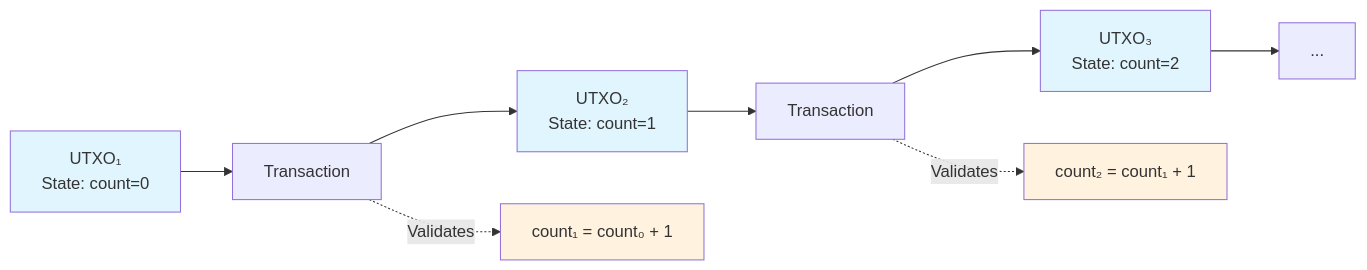
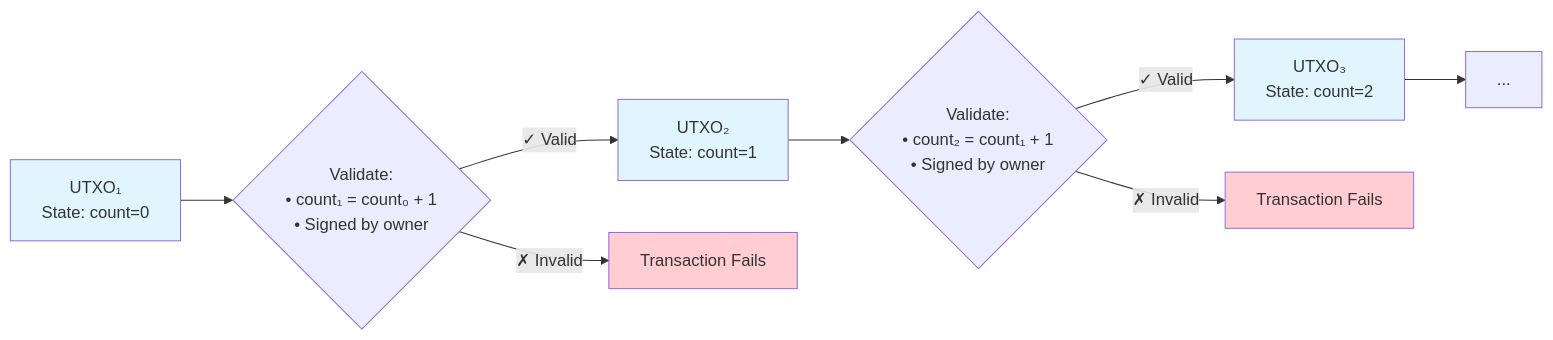
Before and after one commit to cardano-foundation/developer-portal: the second of 2 diagrams in docs/smart-contracts/overview.md, drawn with Mermaid. The commit also changed other lines of this file and 18 other files, not shown here.

Commit message:
add new diagrams, rewrite content, fix syntax highlighting

````diff
--- a/docs/smart-contracts/overview.md
+++ b/docs/smart-contracts/overview.md
@@ -214,17 +206,16 @@
 ```mermaid
 flowchart LR
-    A[UTXO₁<br/>State: count=0] --> B[Transaction]
-    B --> C[UTXO₂<br/>State: count=1]
-    C --> D[Transaction]
-    D --> E[UTXO₃<br/>State: count=2]
+    A[UTXO₁<br/>State: count=0] --> B{Validate:<br/>• count₁ = count₀ + 1<br/>• Signed by owner<br/>}
+    B -->|✓ Valid| C[UTXO₂<br/>State: count=1]
+    B -->|✗ Invalid| G[Transaction Fails]
+    C --> D{Validate:<br/>• count₂ = count₁ + 1<br/>• Signed by owner<br/>}
+    D -->|✓ Valid| E[UTXO₃<br/>State: count=2]
+    D -->|✗ Invalid| H[Transaction Fails]
     E --> F[...]
-    
-    B -.->|Validates| G[count₁ = count₀ + 1]
-    D -.->|Validates| H[count₂ = count₁ + 1]
     
     style A fill:#e1f5fe
     style C fill:#e1f5fe
     style E fill:#e1f5fe
-    style G fill:#fff3e0
-    style H fill:#fff3e0
+    style G fill:#ffcdd2
+    style H fill:#ffcdd2
 ```
````
